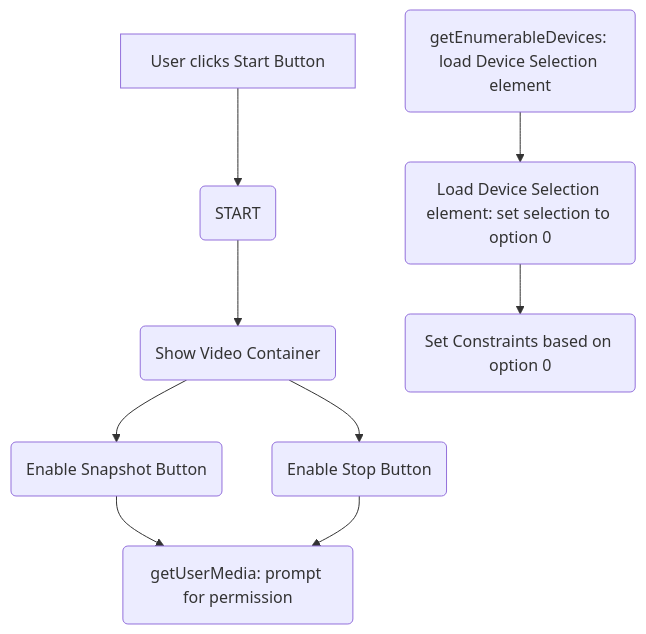
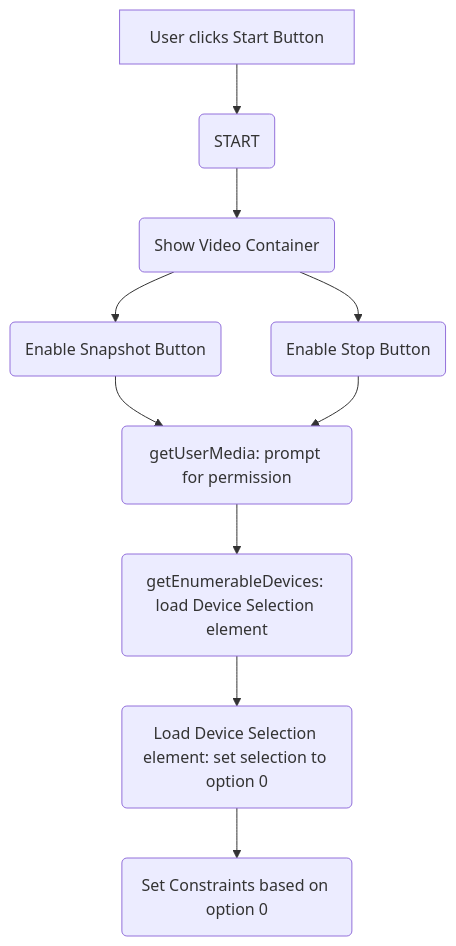
Before and after one commit to rebeccapeltz/webapi-camera: the first of 3 diagrams in README.md, drawn with Mermaid.

Commit message:
more mermaid

````diff
--- a/README.md
+++ b/README.md
@@ -5,12 +5,13 @@
 ```mermaid
 flowchart TD
 
 id0[User clicks Start Button] --> id1(START)
 id1(START) --> id2(Show Video Container)
 id2(Show Video Container) --> id3(Enable Snapshot Button)
 id2(Show Video Container) --> id4(Enable Stop Button)
 id3(Enable Snapshot Button) --> id5(getUserMedia: prompt for permission)
 id4(Enable Stop Button) --> id5(getUserMedia: prompt for permission)
+id5(getUserMedia: prompt for permission) --> id6(getEnumerableDevices: load Device Selection element)
 id6(getEnumerableDevices: load Device Selection element) --> id7(Load Device Selection element: set selection to option 0)
 id7(Load Device Selection element: set selection to option 0) --> id8(Set Constraints based on option 0)
 ```
````
